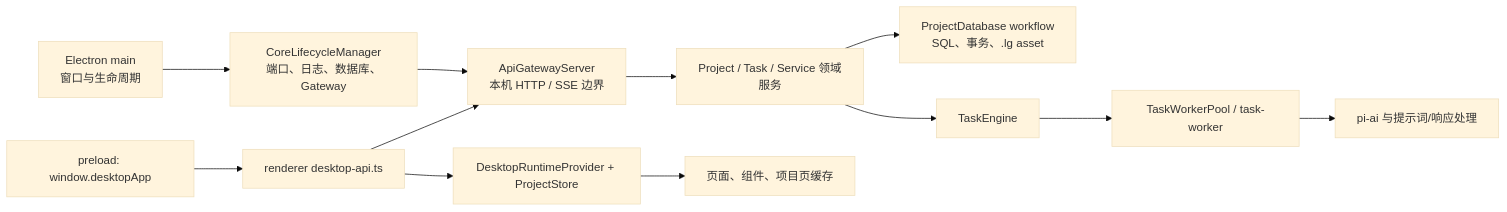
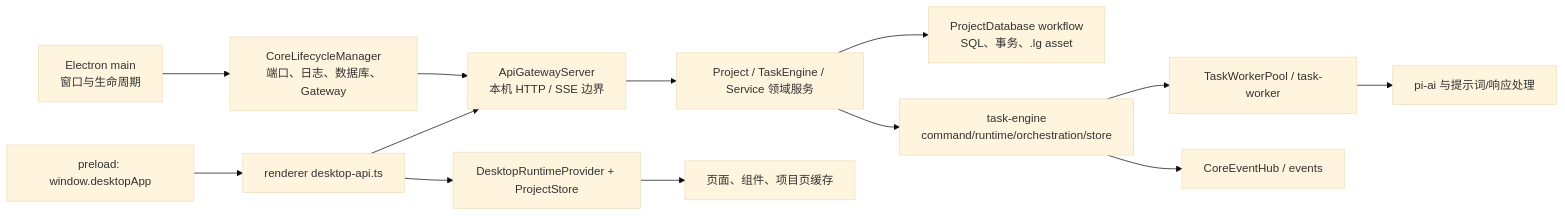
Before and after one commit to neavo/LinguaGacha: the first of 3 diagrams in docs/ARCHITECTURE.md, drawn with Mermaid (base theme). The commit also changed other lines of this file and 99 other files, not shown here.

````diff
--- a/docs/ARCHITECTURE.md
+++ b/docs/ARCHITECTURE.md
@@ -17,14 +17,15 @@
 ```mermaid
 flowchart LR
   A["Electron main<br/>窗口与生命周期"] --> B["CoreLifecycleManager<br/>端口、日志、数据库、Gateway"]
   B --> C["ApiGatewayServer<br/>本机 HTTP / SSE 边界"]
-  C --> D["Project / Task / Service 领域服务"]
+  C --> D["Project / TaskEngine / Service 领域服务"]
   D --> E["ProjectDatabase workflow<br/>SQL、事务、.lg asset"]
-  D --> F["TaskEngine"]
+  D --> F["task-engine<br/>command/runtime/orchestration/store"]
   F --> G["TaskWorkerPool / task-worker"]
   G --> H["pi-ai 与提示词/响应处理"]
+  F --> M["CoreEventHub / events"]
   I["preload: window.desktopApp"] --> J["renderer desktop-api.ts"]
   J --> C
   J --> K["DesktopRuntimeProvider + ProjectStore"]
   K --> L["页面、组件、项目页缓存"]
 ```
````
